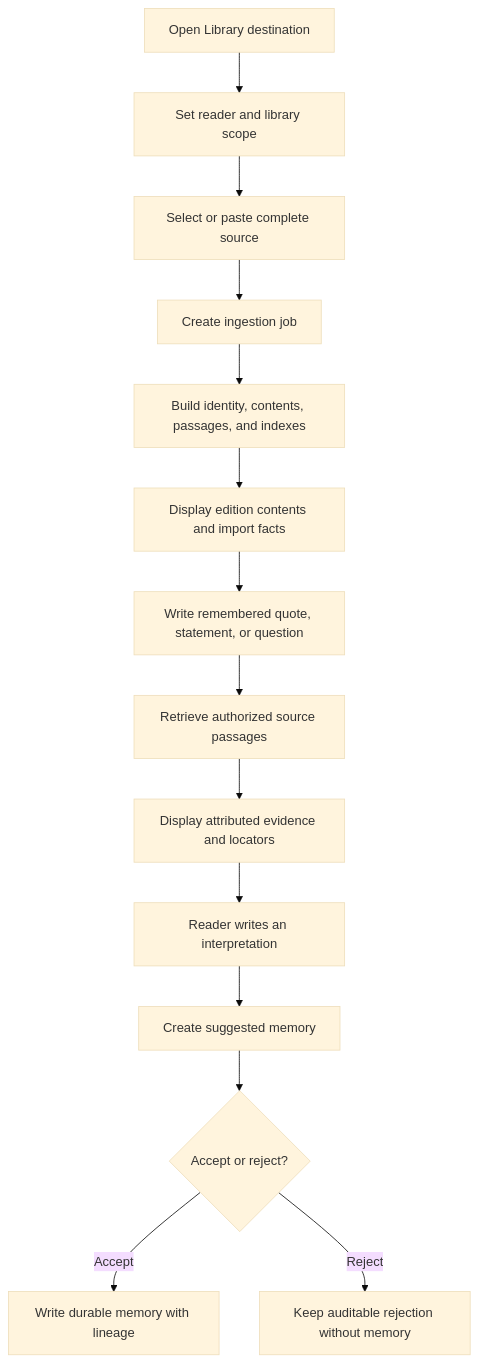
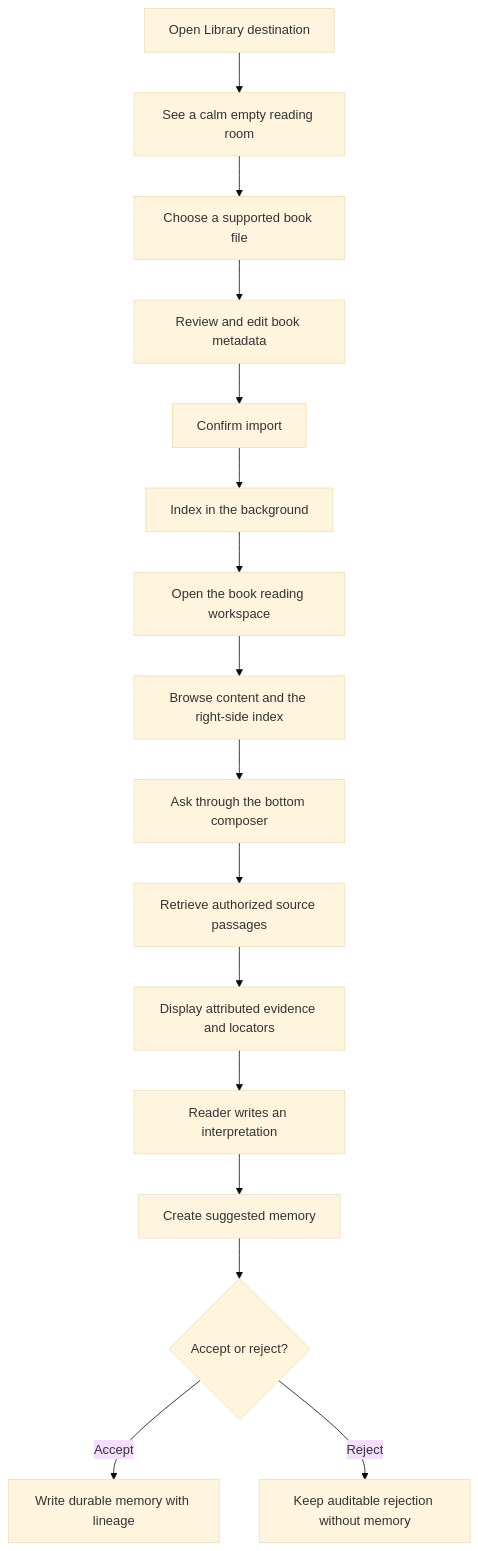
Before and after one commit to taimufuraiyaa/agent-memory: the diagram in .kiro/specs/library-dashboard-flow/design.md, drawn with Mermaid (base theme). The commit also changed other lines of this file and 15 other files, not shown here.

````diff
--- a/.kiro/specs/library-dashboard-flow/design.md
+++ b/.kiro/specs/library-dashboard-flow/design.md
@@ -9,16 +9,18 @@
 ```mermaid
 flowchart TD
-    Open["Open Library destination"] --> Scope["Set reader and library scope"]
-    Scope --> Import["Select or paste complete source"]
-    Import --> Job["Create ingestion job"]
-    Job --> Index["Build identity, contents, passages, and indexes"]
-    Index --> Structure["Display edition contents and import facts"]
-    Structure --> Conversation["Write remembered quote, statement, or question"]
+    Open["Open Library destination"] --> Empty["See a calm empty reading room"]
+    Empty --> Select["Choose a supported book file"]
+    Select --> Prepare["Review and edit book metadata"]
+    Prepare --> Import["Confirm import"]
+    Import --> Background["Index in the background"]
+    Background --> Ready["Open the book reading workspace"]
+    Ready --> Browse["Browse content and the right-side index"]
+    Browse --> Conversation["Ask through the bottom composer"]
     Conversation --> Retrieve["Retrieve authorized source passages"]
     Retrieve --> Evidence["Display attributed evidence and locators"]
     Evidence --> Interpret["Reader writes an interpretation"]
     Interpret --> Proposal["Create suggested memory"]
     Proposal --> Review{"Accept or reject?"}
     Review -->|"Accept"| Durable["Write durable memory with lineage"]
     Review -->|"Reject"| Audit["Keep auditable rejection without memory"]
 ```
````
